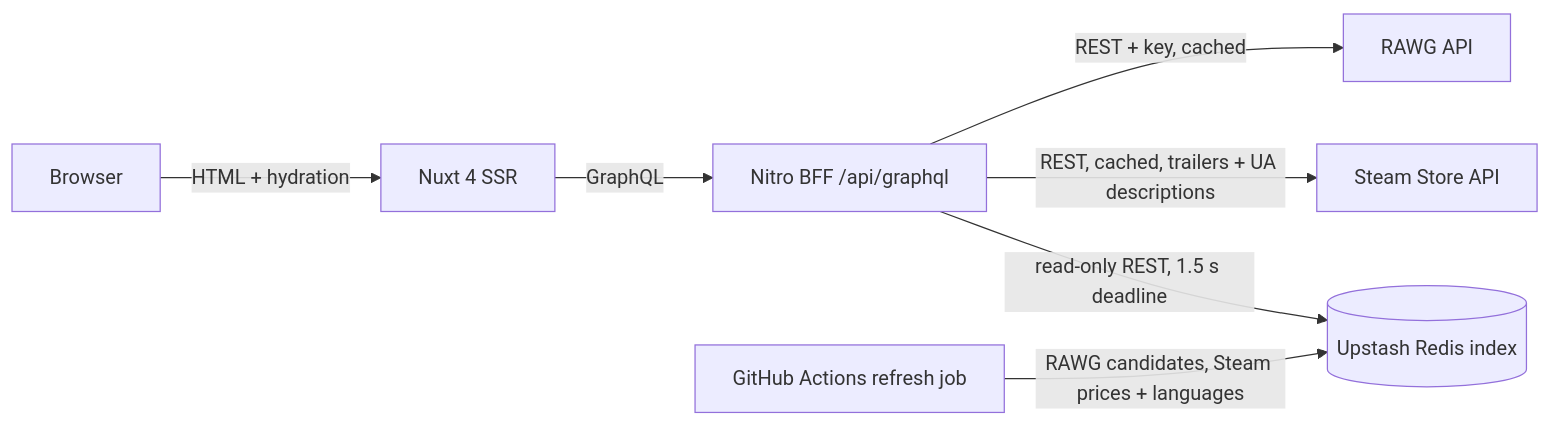
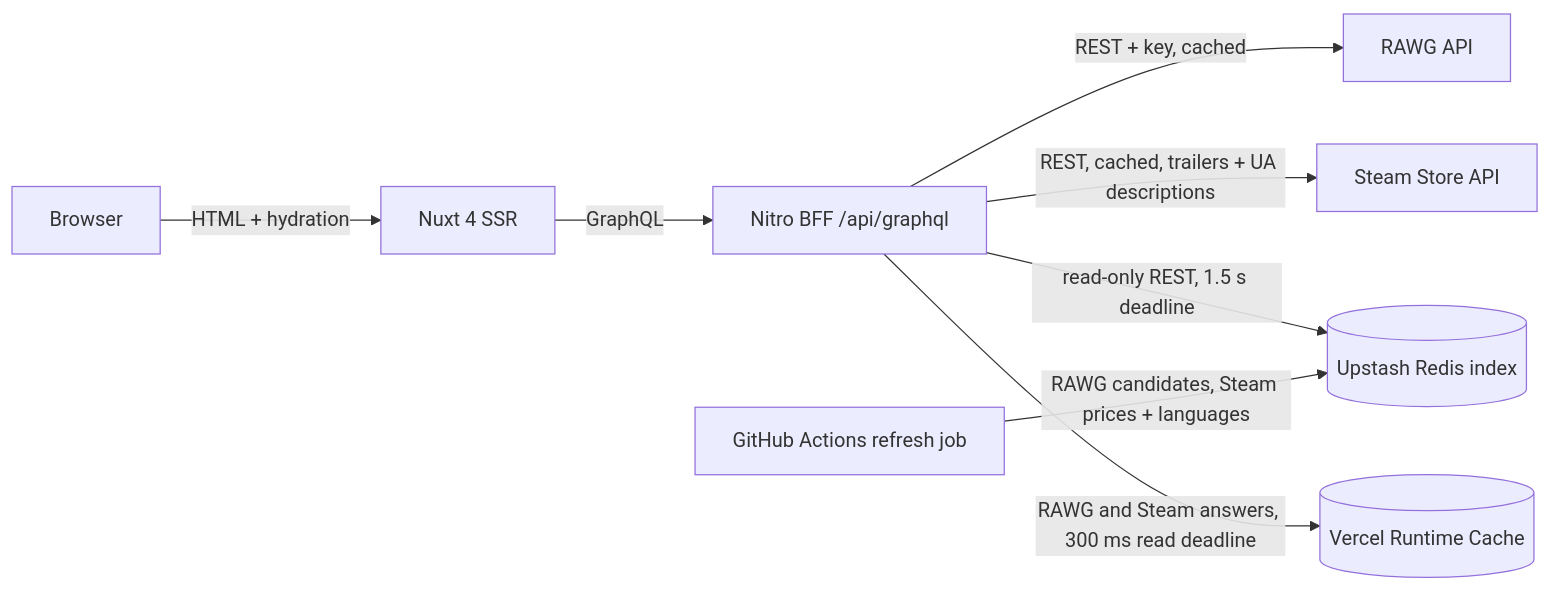
The diagram in README.md (Sennjen/gg-stay), drawn with Mermaid before and after one commit. The commit also changed other lines of this file and 30 other files, not shown here.

Commit message:
Share upstream answers between instances through Vercel's Runtime Cache (#72)

````diff
--- a/README.md
+++ b/README.md
@@ -32,9 +32,10 @@
 ```mermaid
 flowchart LR
   B[Browser] -->|HTML + hydration| N[Nuxt 4 SSR]
   N -->|GraphQL| G[Nitro BFF /api/graphql]
   G -->|REST + key, cached| R[RAWG API]
   G -->|REST, cached, trailers + UA descriptions| S[Steam Store API]
   G -->|read-only REST, 1.5 s deadline| I[(Upstash Redis index)]
+  G -->|RAWG and Steam answers, 300 ms read deadline| C[(Vercel Runtime Cache)]
   J[GitHub Actions refresh job] -->|RAWG candidates, Steam prices + languages| I
 ```
````
